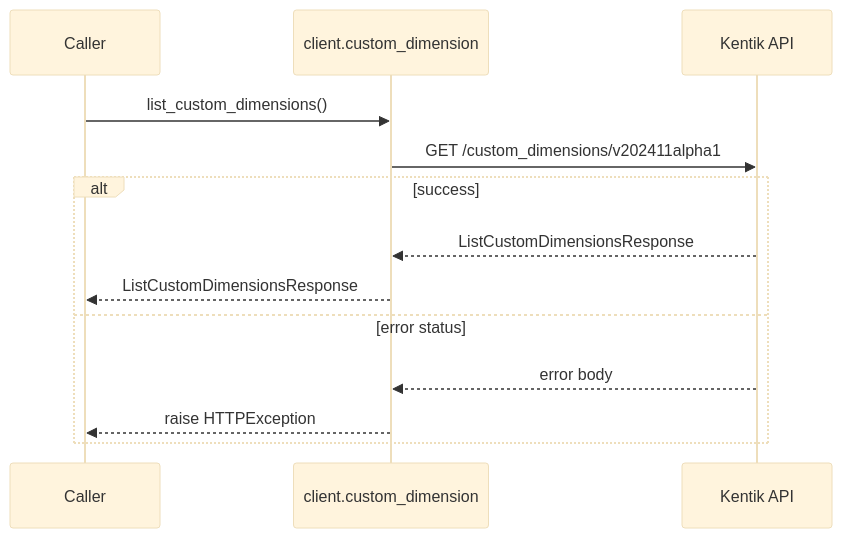
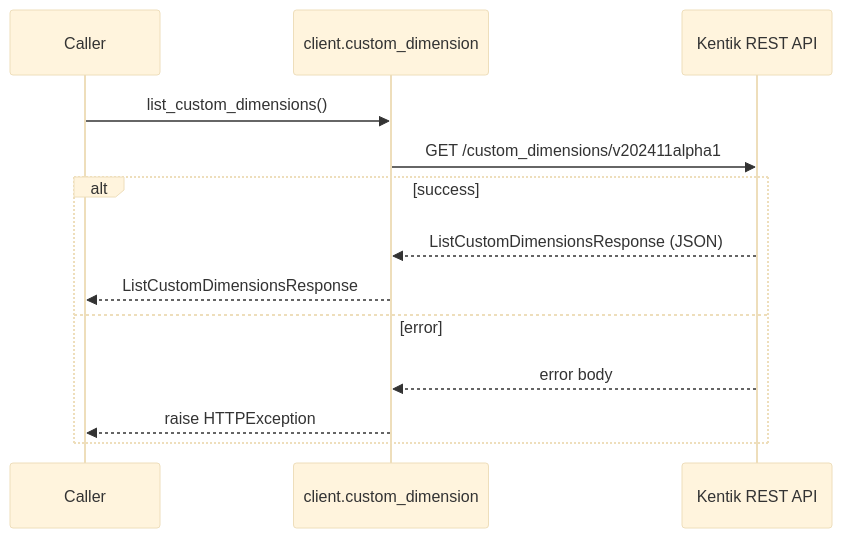
The second of 22 diagrams in docs/sphinx/services/custom_dimension.md (alexdearaujo/community_sdk_python), drawn with Mermaid (base theme) before and after one commit. The commit also changed other lines of this file and 61 other files, not shown here.

````diff
--- a/docs/sphinx/services/custom_dimension.md
+++ b/docs/sphinx/services/custom_dimension.md
@@ -33,16 +35,16 @@
 ```mermaid
 sequenceDiagram
     participant C as Caller
     participant W as client.custom_dimension
-    participant API as Kentik API
+    participant API as Kentik REST API
 
     C->>W: list_custom_dimensions()
     W->>API: GET /custom_dimensions/v202411alpha1
     alt success
-        API-->>W: ListCustomDimensionsResponse
+        API-->>W: ListCustomDimensionsResponse (JSON)
         W-->>C: ListCustomDimensionsResponse
-    else error status
+    else error
         API-->>W: error body
         W-->>C: raise HTTPException
     end
 ```
````
